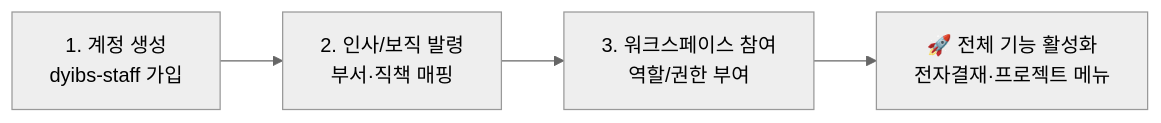
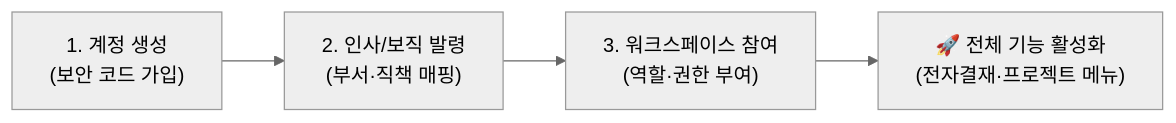
The second of 2 diagrams in app/vue/docs/intro/getting-started.md (nc2U/ibs), drawn with Mermaid (neutral theme) before and after one commit. The commit also changed other lines of this file and 1 other file, not shown here.

````diff
--- a/app/vue/docs/intro/getting-started.md
+++ b/app/vue/docs/intro/getting-started.md
@@ -18,6 +37,6 @@
 ```mermaid
 flowchart LR
-    A["1. 계정 생성<br>dyibs-staff 가입"] --> B["2. 인사/보직 발령<br>부서·직책 매핑"]
-    B --> C["3. 워크스페이스 참여<br>역할/권한 부여"]
-    C --> D["🚀 전체 기능 활성화<br>전자결재·프로젝트 메뉴"]
+    A["1. 계정 생성<br>(보안 코드 가입)"] --> B["2. 인사/보직 발령<br>(부서·직책 매핑)"]
+    B --> C["3. 워크스페이스 참여<br>(역할·권한 부여)"]
+    C --> D["🚀 전체 기능 활성화<br>(전자결재·프로젝트 메뉴)"]
 ```
````
